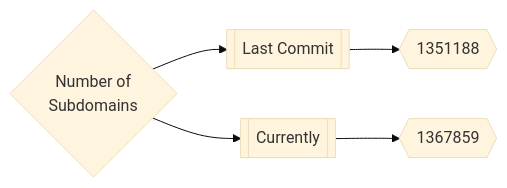
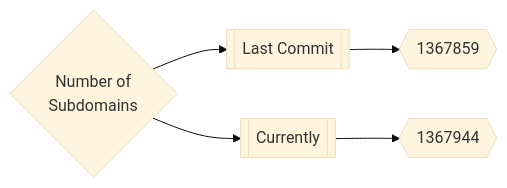
One commit to trickest/inventory changed the first of 3 diagrams in README.md. Above: the diagram before and after it, drawn with Mermaid (base theme). The commit also changed other lines of this file, not shown here.

Commit message:
Update Thu Apr  7 07:23:06 UTC 2022

````diff
--- a/README.md
+++ b/README.md
@@ -165,5 +165,5 @@
 ```mermaid
 graph LR
-title{Number of<br>Subdomains} --> subdomainsDate1[[Last Commit]] --> subdomainsNum1{{1351188}}
-title --> subdomainsDate2[[Currently]] --> subdomainsNum2{{1367859}}
+title{Number of<br>Subdomains} --> subdomainsDate1[[Last Commit]] --> subdomainsNum1{{1367859}}
+title --> subdomainsDate2[[Currently]] --> subdomainsNum2{{1367944}}
 ```
````
